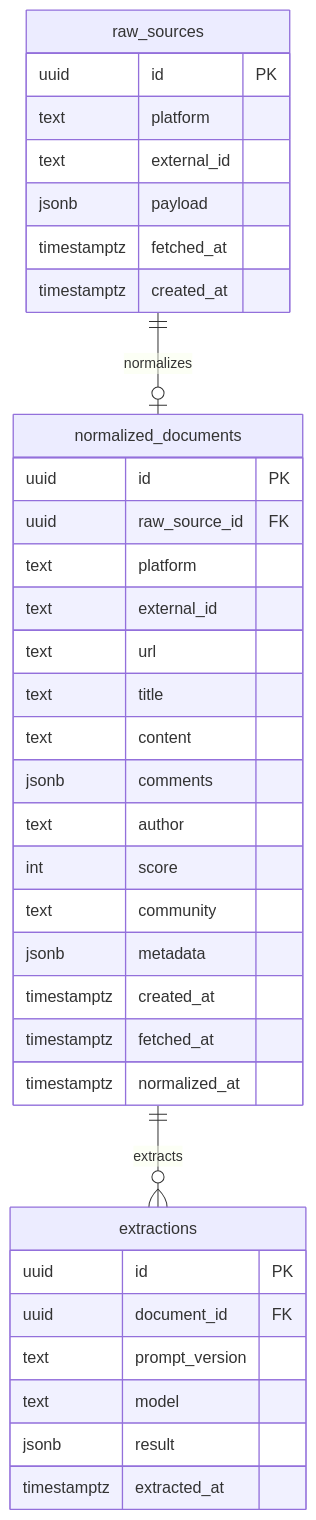
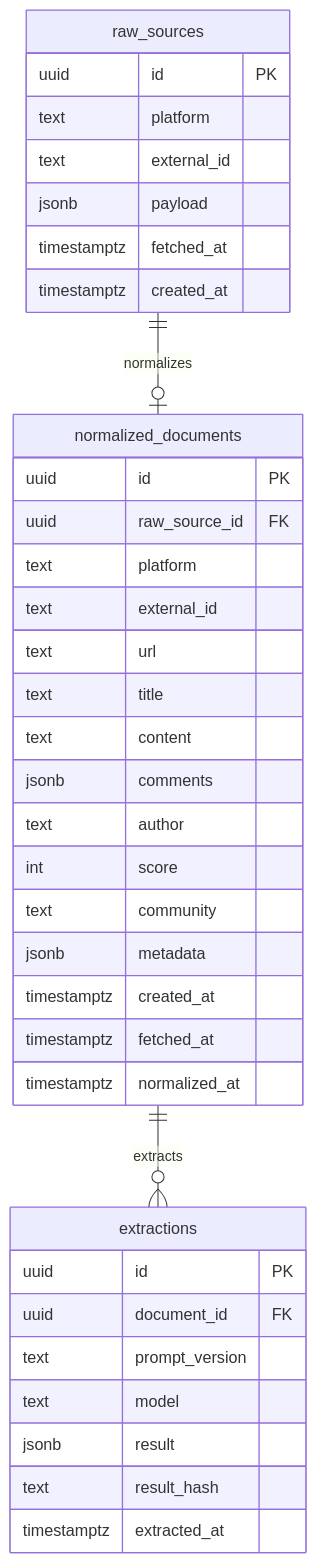
Before and after one commit to Brohammad/PainMiningEngine: the diagram in docs/data-model.md, drawn with Mermaid. The commit also changed other lines of this file and 17 other files, not shown here.

````diff
--- a/docs/data-model.md
+++ b/docs/data-model.md
@@ -7,41 +7,42 @@
 ```mermaid
 erDiagram
   raw_sources ||--o| normalized_documents : normalizes
   normalized_documents ||--o{ extractions : extracts
 
   raw_sources {
     uuid id PK
     text platform
     text external_id
     jsonb payload
     timestamptz fetched_at
     timestamptz created_at
   }
 
   normalized_documents {
     uuid id PK
     uuid raw_source_id FK
     text platform
     text external_id
     text url
     text title
     text content
     jsonb comments
     text author
     int score
     text community
     jsonb metadata
     timestamptz created_at
     timestamptz fetched_at
     timestamptz normalized_at
   }
 
   extractions {
     uuid id PK
     uuid document_id FK
     text prompt_version
     text model
     jsonb result
+    text result_hash
     timestamptz extracted_at
   }
 ```
````
